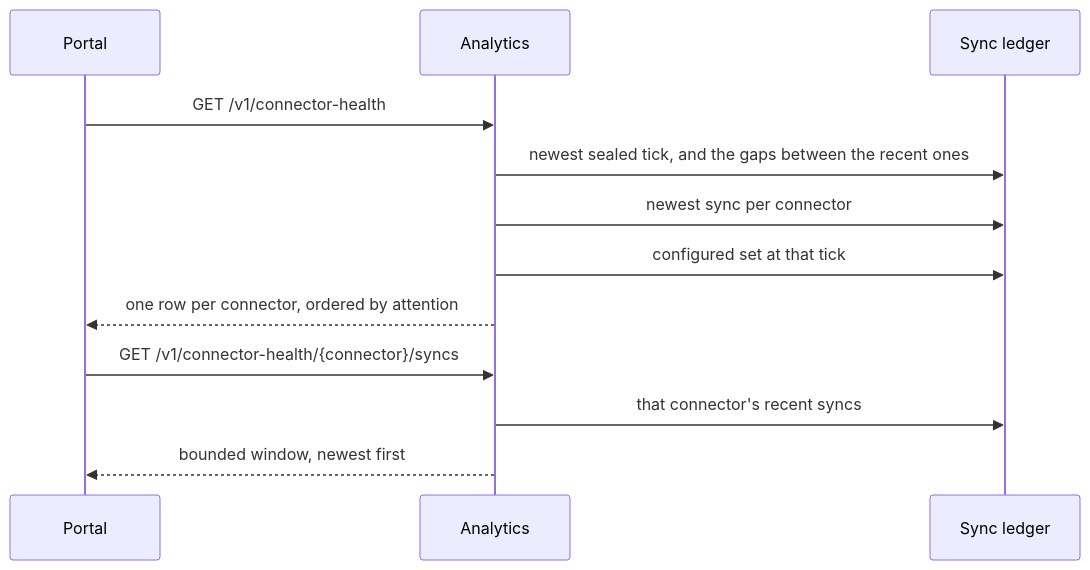
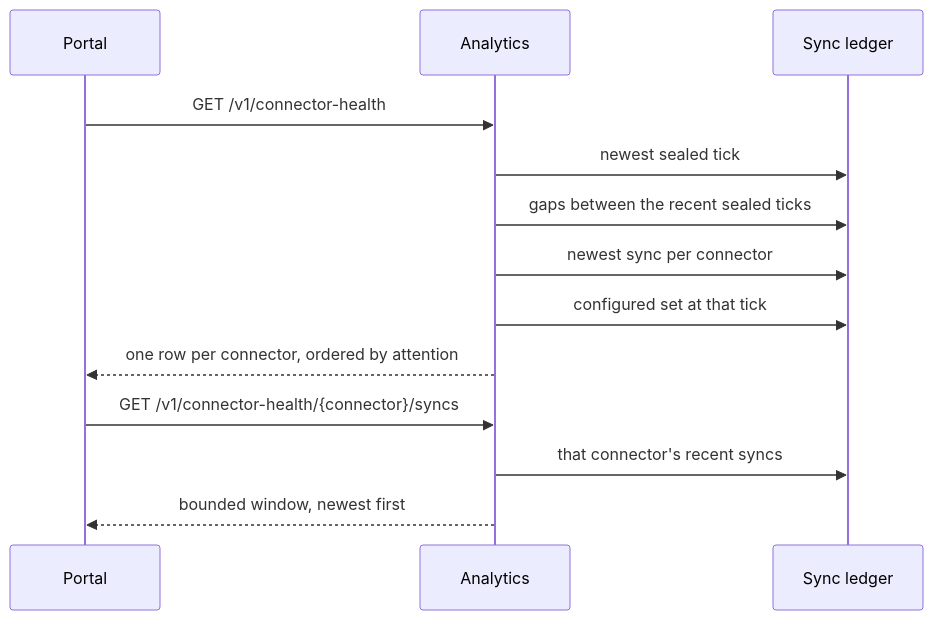
One commit to constructorfabric/insight changed the second of 2 diagrams in docs/components/backend/analytics/specs/connector-health/DESIGN.md. Above: the diagram before and after it, drawn with Mermaid. The commit also changed other lines of this file and 24 other files, not shown here.

````diff
--- a/docs/components/backend/analytics/specs/connector-health/DESIGN.md
+++ b/docs/components/backend/analytics/specs/connector-health/DESIGN.md
@@ -483,15 +539,16 @@
 ```mermaid
 sequenceDiagram
     participant P as Portal
     participant A as Analytics
     participant L as Sync ledger
 
     P->>A: GET /v1/connector-health
-    A->>L: newest sealed tick, and the gaps between the recent ones
+    A->>L: newest sealed tick
+    A->>L: gaps between the recent sealed ticks
     A->>L: newest sync per connector
     A->>L: configured set at that tick
     A-->>P: one row per connector, ordered by attention
     P->>A: GET /v1/connector-health/{connector}/syncs
     A->>L: that connector's recent syncs
     A-->>P: bounded window, newest first
 ```
````
